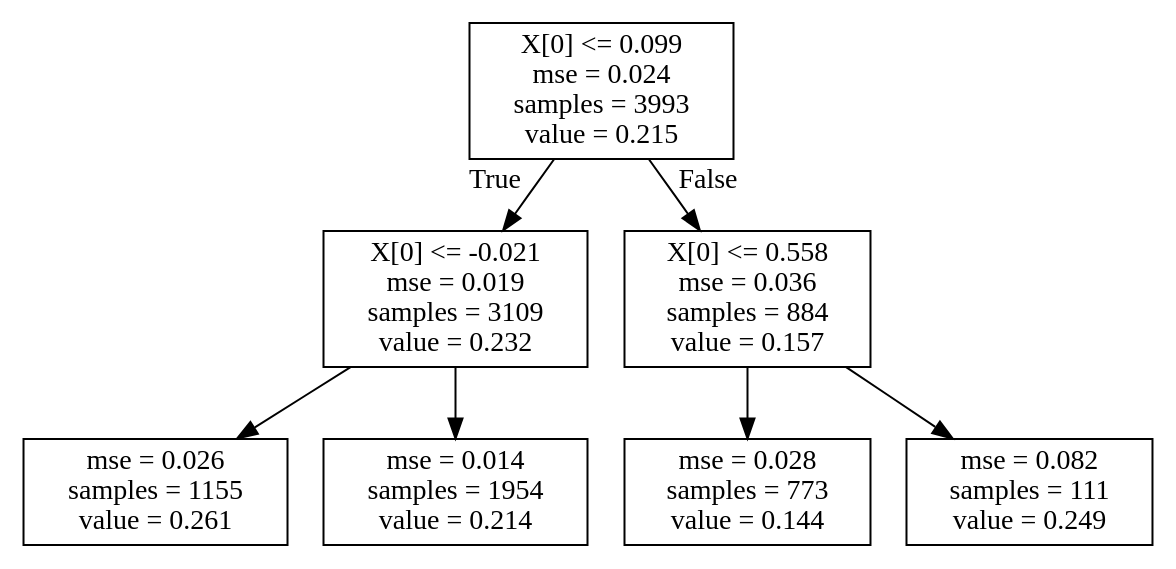
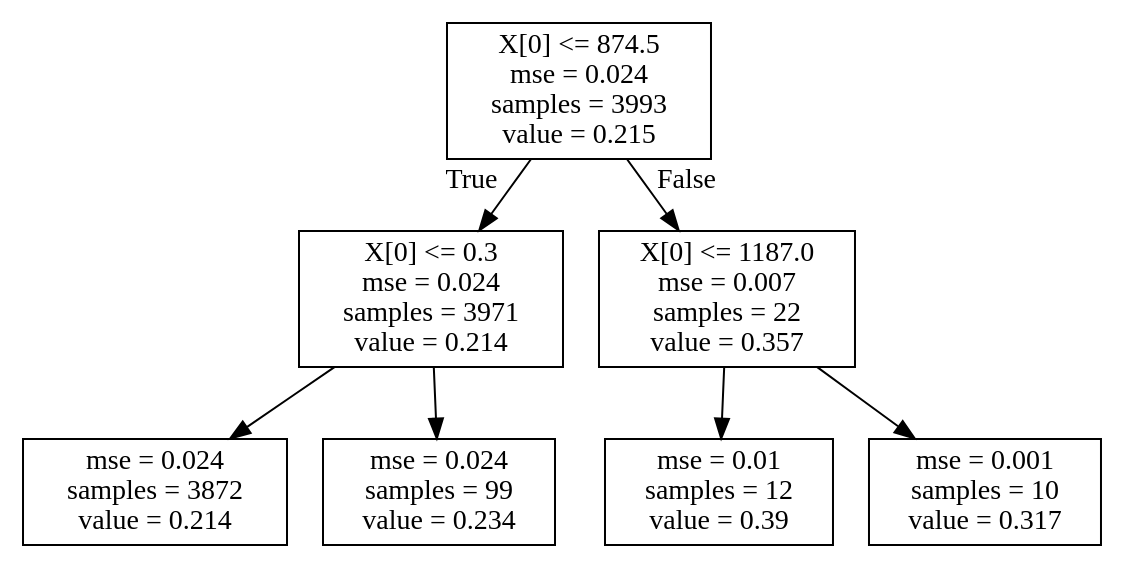
Before and after one commit to michaelwozniak/ML_small_dataset: the diagram in notebooks/tree.dot, drawn with Graphviz. The commit also changed 8 other files, not shown here.

```diff
--- a/notebooks/tree.dot
+++ b/notebooks/tree.dot
@@ -1,16 +1,16 @@
 digraph Tree {
 node [shape=box] ;
-0 [label="X[0] <= 0.099\nmse = 0.024\nsamples = 3993\nvalue = 0.215"] ;
-1 [label="X[0] <= -0.021\nmse = 0.019\nsamples = 3109\nvalue = 0.232"] ;
+0 [label="X[0] <= 874.5\nmse = 0.024\nsamples = 3993\nvalue = 0.215"] ;
+1 [label="X[0] <= 0.3\nmse = 0.024\nsamples = 3971\nvalue = 0.214"] ;
 0 -> 1 [labeldistance=2.5, labelangle=45, headlabel="True"] ;
-2 [label="mse = 0.026\nsamples = 1155\nvalue = 0.261"] ;
+2 [label="mse = 0.024\nsamples = 3872\nvalue = 0.214"] ;
 1 -> 2 ;
-3 [label="mse = 0.014\nsamples = 1954\nvalue = 0.214"] ;
+3 [label="mse = 0.024\nsamples = 99\nvalue = 0.234"] ;
 1 -> 3 ;
-4 [label="X[0] <= 0.558\nmse = 0.036\nsamples = 884\nvalue = 0.157"] ;
+4 [label="X[0] <= 1187.0\nmse = 0.007\nsamples = 22\nvalue = 0.357"] ;
 0 -> 4 [labeldistance=2.5, labelangle=-45, headlabel="False"] ;
-5 [label="mse = 0.028\nsamples = 773\nvalue = 0.144"] ;
+5 [label="mse = 0.01\nsamples = 12\nvalue = 0.39"] ;
 4 -> 5 ;
-6 [label="mse = 0.082\nsamples = 111\nvalue = 0.249"] ;
+6 [label="mse = 0.001\nsamples = 10\nvalue = 0.317"] ;
 4 -> 6 ;
 }
```
